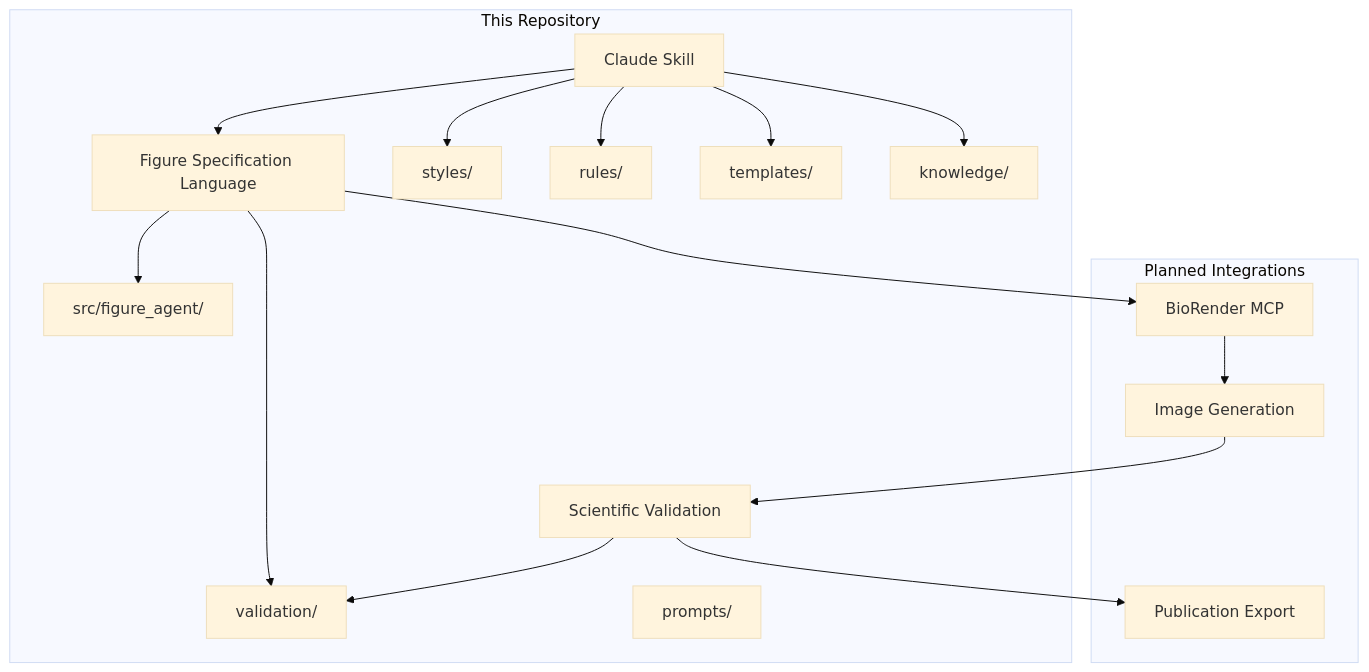
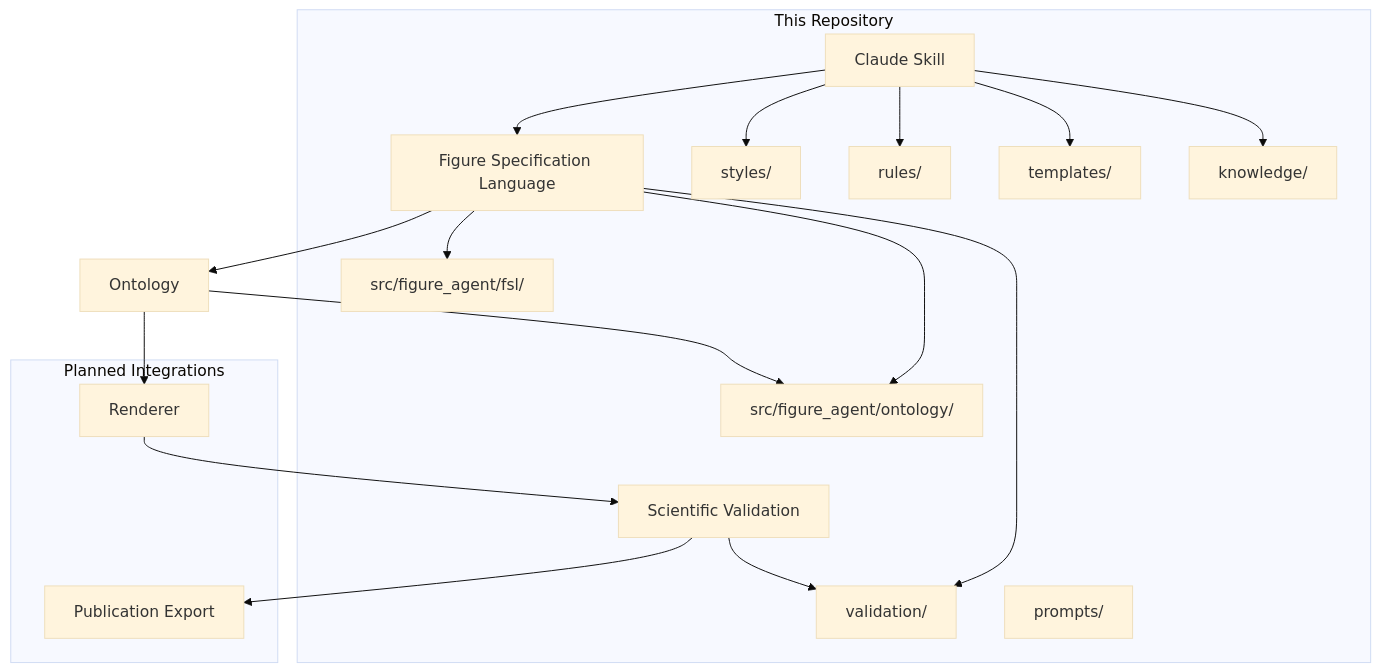
Before and after one commit to insight2017aquib/MedicinalChemistryFigureDesigner: the first of 5 diagrams in docs/Architecture.md, drawn with Mermaid (base theme). The commit also changed other lines of this file and 17 other files, not shown here.

Commit message:
platform(v0.4): implement scientific figure ontology

````diff
--- a/docs/Architecture.md
+++ b/docs/Architecture.md
@@ -28,36 +28,38 @@
 ```mermaid
 flowchart TD
     A[Claude Skill] --> B[Figure Specification Language]
-    B --> C[BioRender MCP]
-    C --> D[Image Generation]
-    D --> E[Scientific Validation]
+    B --> O[Ontology]
+    O --> R[Renderer]
+    R --> E[Scientific Validation]
     E --> F[Publication Export]
 
     subgraph repo [This Repository]
         A
         B
-        B2[src/figure_agent/]
+        B2[src/figure_agent/fsl/]
+        O2[src/figure_agent/ontology/]
         E
         G[styles/]
         H[rules/]
         I[templates/]
         J[knowledge/]
         K[validation/]
         L[prompts/]
     end
 
     B --> B2
+    B --> O2
+    O --> O2
 
     subgraph external [Planned Integrations]
-        C
-        D
+        R
         F
     end
 
     A --> G
     A --> H
     A --> I
     A --> J
     B --> K
     E --> K
 ```
````
